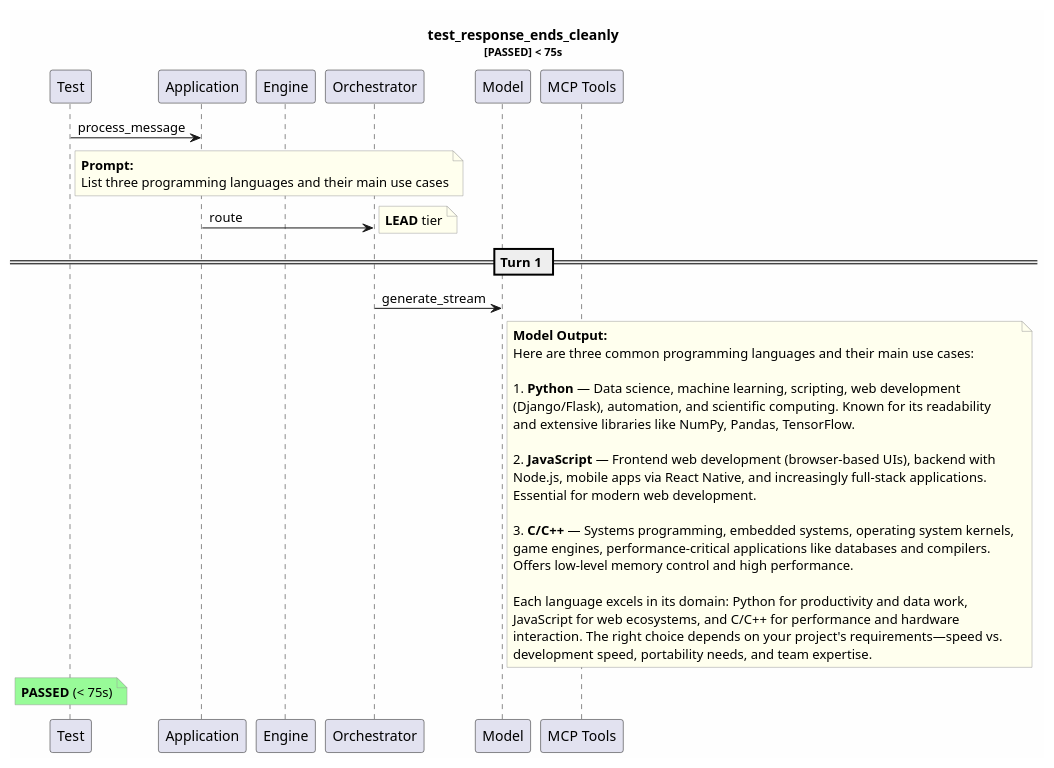
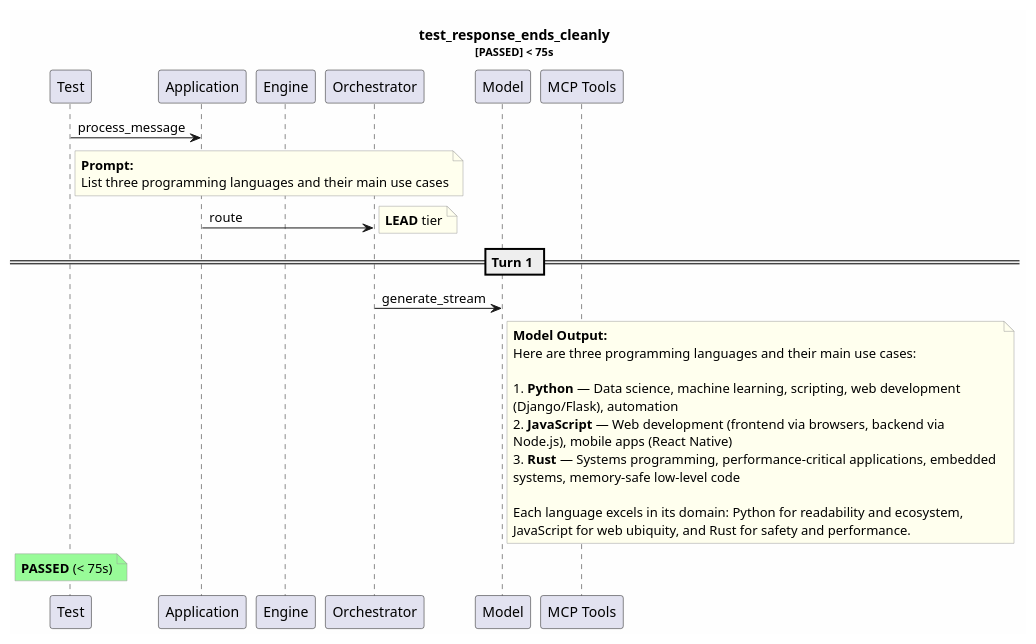
Before and after one commit to tvanfossen/entropic: the diagram in test-reports/logs/test_response_ends_cleanly/test_response_ends_cleanly.puml, drawn with PlantUML. The commit also changed 35 other files, not shown here.

```diff
--- a/test-reports/logs/test_response_ends_cleanly/test_response_ends_cleanly.puml
+++ b/test-reports/logs/test_response_ends_cleanly/test_response_ends_cleanly.puml
@@ -1,48 +1,41 @@
 @startuml
 skinparam backgroundColor #FEFEFE
 skinparam noteBorderColor #999999
 skinparam noteBackgroundColor #FFFFEE
 title test_response_ends_cleanly\n<size:11>[PASSED] < 75s</size>
 
 participant "Test" as T
 participant "Application" as App
 participant "Engine" as Eng
 participant "Orchestrator" as Orch
 participant "Model" as Mdl
 participant "MCP Tools" as MCP
 
 T -> App: process_message
 note right of T
   **Prompt:**
   List three programming languages and their main use cases
 end note
 App -> Orch: route
 note right: **LEAD** tier
 == Turn 1 ==
 Orch -> Mdl: generate_stream
 note right of Mdl
   **Model Output:**
-  Here are three common programming languages and their main use cases:
+  Here are three programming languages and their main use cases:
   
   1. **Python** — Data science, machine learning, scripting, web development 
-  (Django/Flask), automation, and scientific computing. Known for its readability 
-  and extensive libraries like NumPy, Pandas, TensorFlow.
+  (Django/Flask), automation
+  2. **JavaScript** — Web development (frontend via browsers, backend via 
+  Node.js), mobile apps (React Native)
+  3. **Rust** — Systems programming, performance-critical applications, embedded 
+  systems, memory-safe low-level code
   
-  2. **JavaScript** — Frontend web development (browser-based UIs), backend with 
-  Node.js, mobile apps via React Native, and increasingly full-stack applications.
-  Essential for modern web development.
-  
-  3. **C/C++** — Systems programming, embedded systems, operating system kernels, 
-  game engines, performance-critical applications like databases and compilers. 
-  Offers low-level memory control and high performance.
-  
-  Each language excels in its domain: Python for productivity and data work, 
-  JavaScript for web ecosystems, and C/C++ for performance and hardware 
-  interaction. The right choice depends on your project's requirements—speed vs. 
-  development speed, portability needs, and team expertise.
+  Each language excels in its domain: Python for readability and ecosystem, 
+  JavaScript for web ubiquity, and Rust for safety and performance.
 end note
 note over T #palegreen
   **PASSED** (< 75s)
 end note
 
 @enduml
```
